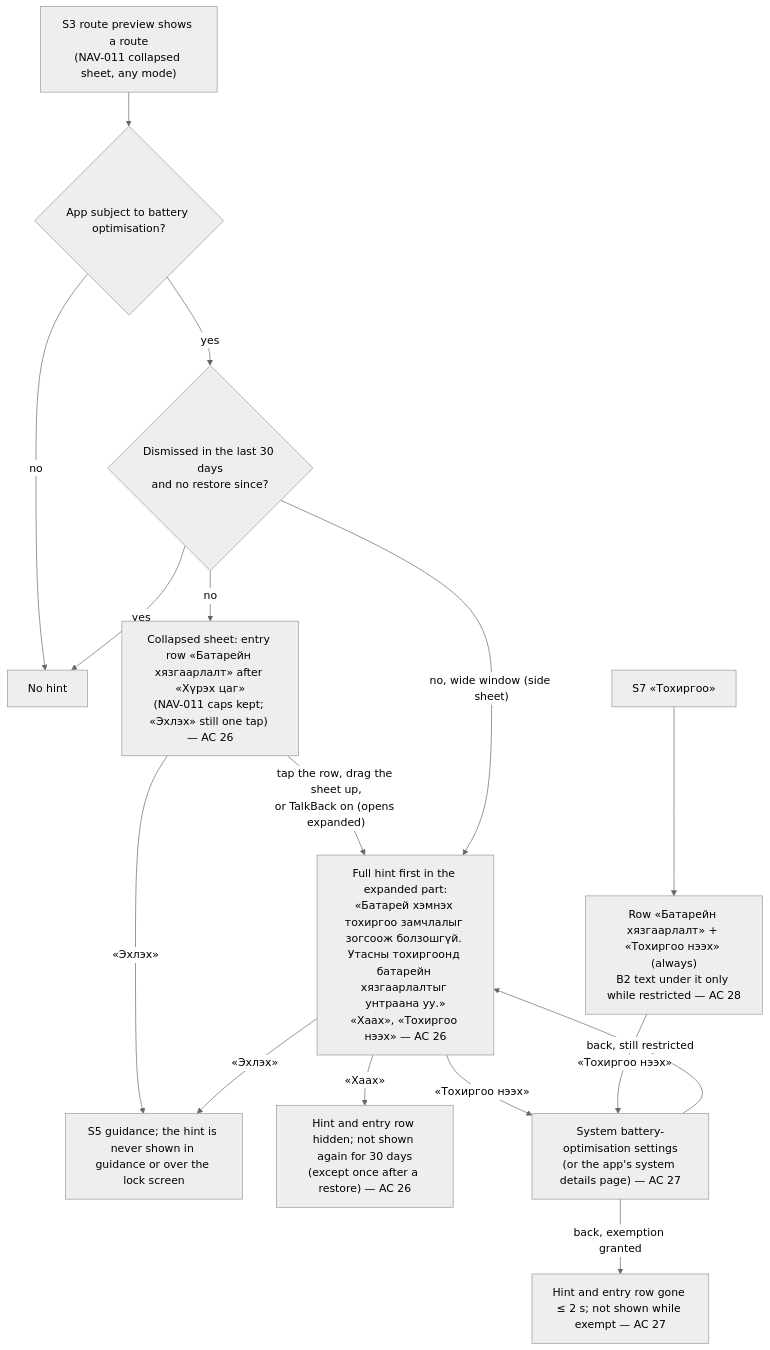
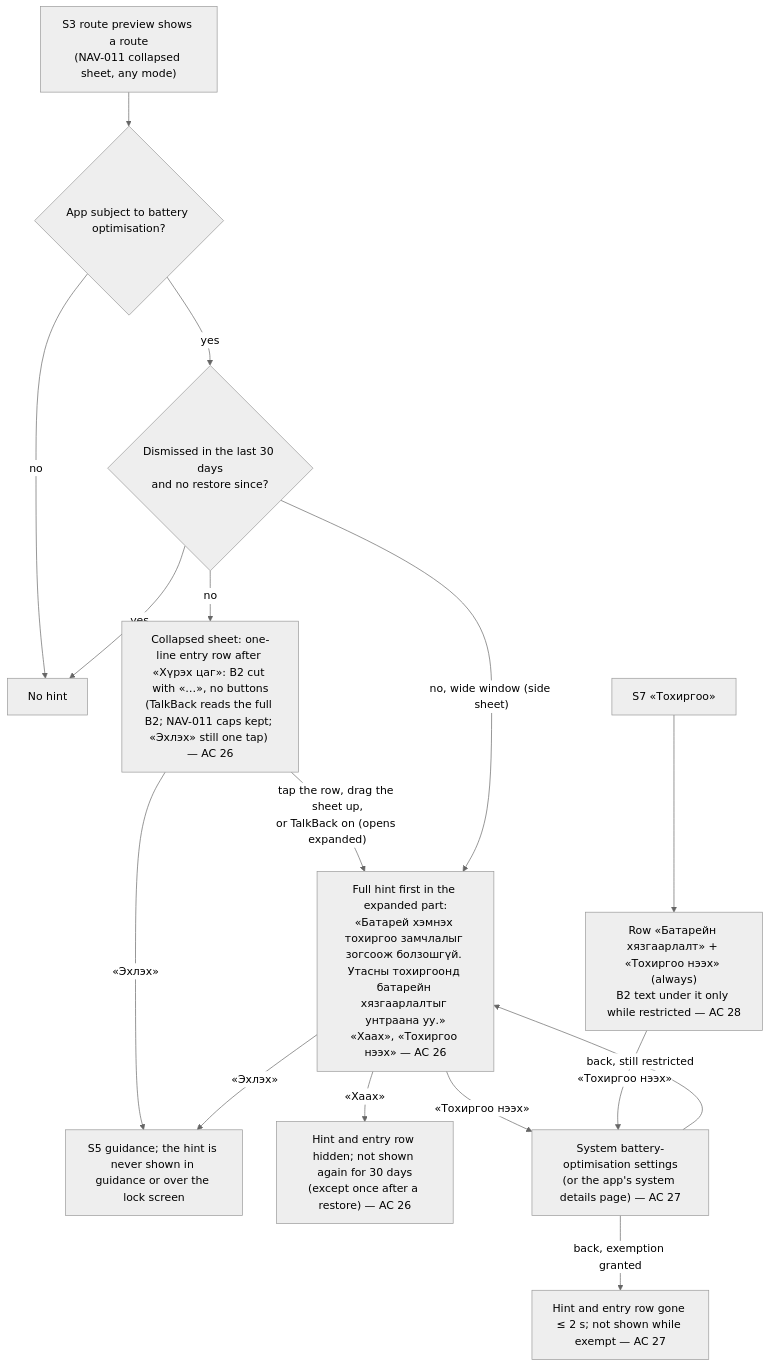
One commit to Uranbold/test.github.io changed the eighth of 11 diagrams in docs/design/flows/NAV-012-android-background-lock-screen.md. Above: the diagram before and after it, drawn with Mermaid (neutral theme). The commit also changed 29 other files, not shown here.

````diff
--- a/docs/design/flows/NAV-012-android-background-lock-screen.md
+++ b/docs/design/flows/NAV-012-android-background-lock-screen.md
@@ -144,19 +144,19 @@
 ```mermaid
 flowchart TD
     P["S3 route preview shows a route<br/>(NAV-011 collapsed sheet, any mode)"] --> R{"App subject to battery optimisation?"}
     R -- no --> NONE["No hint"]
     R -- yes --> SN{"Dismissed in the last 30 days<br/>and no restore since?"}
     SN -- yes --> NONE
-    SN -- no --> E["Collapsed sheet: entry row «Батарейн хязгаарлалт» after «Хүрэх цаг»<br/>(NAV-011 caps kept; «Эхлэх» still one tap) — AC 26"]
+    SN -- no --> E["Collapsed sheet: one-line entry row after «Хүрэх цаг»: B2 cut with «…», no buttons<br/>(TalkBack reads the full B2; NAV-011 caps kept; «Эхлэх» still one tap) — AC 26"]
     E -- "tap the row, drag the sheet up,<br/>or TalkBack on (opens expanded)" --> H
     SN -- "no, wide window (side sheet)" --> H
     H["Full hint first in the expanded part:<br/>«Батарей хэмнэх тохиргоо замчлалыг зогсоож болзошгүй. Утасны тохиргоонд батарейн хязгаарлалтыг унтраана уу.»<br/>«Хаах», «Тохиргоо нээх» — AC 26"]
     E -- "«Эхлэх»" --> G
     H -- "«Хаах»" --> SZ["Hint and entry row hidden; not shown again for 30 days<br/>(except once after a restore) — AC 26"]
     H -- "«Тохиргоо нээх»" --> SYS["System battery-optimisation settings<br/>(or the app's system details page) — AC 27"]
     SYS -- "back, exemption granted" --> GONE["Hint and entry row gone ≤ 2 s; not shown while exempt — AC 27"]
     SYS -- "back, still restricted" --> H
     H -- "«Эхлэх»" --> G["S5 guidance; the hint is never shown in guidance or over the lock screen"]
     ST["S7 «Тохиргоо»"] --> ROW["Row «Батарейн хязгаарлалт» + «Тохиргоо нээх» (always)<br/>B2 text under it only while restricted — AC 28"]
     ROW -- "«Тохиргоо нээх»" --> SYS
 ```
````
